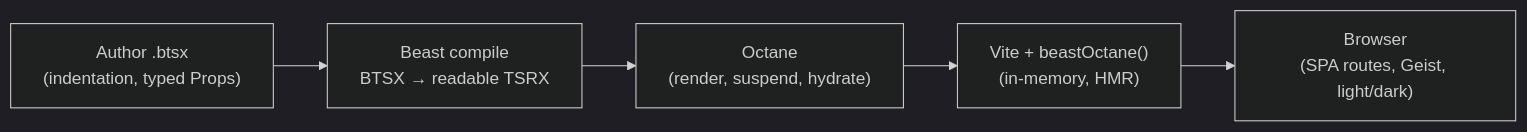
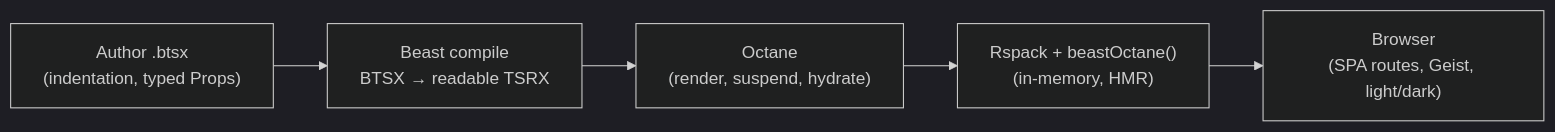
Before and after one commit to phtn/compelling: the diagram in README.md, drawn with Mermaid (dark theme). The commit also changed other lines of this file and 61 other files, not shown here.

````diff
--- a/README.md
+++ b/README.md
@@ -80,7 +80,7 @@
 ```mermaid
 flowchart LR
     A["Author .btsx<br/>(indentation, typed Props)"] --> B["Beast compile<br/>BTSX → readable TSRX"]
     B --> C["Octane<br/>(render, suspend, hydrate)"]
-    C --> D["Vite + beastOctane()<br/>(in-memory, HMR)"]
+    C --> D["Rspack + beastOctane()<br/>(in-memory, HMR)"]
     D --> E["Browser<br/>(SPA routes, Geist, light/dark)"]
 ```
````
